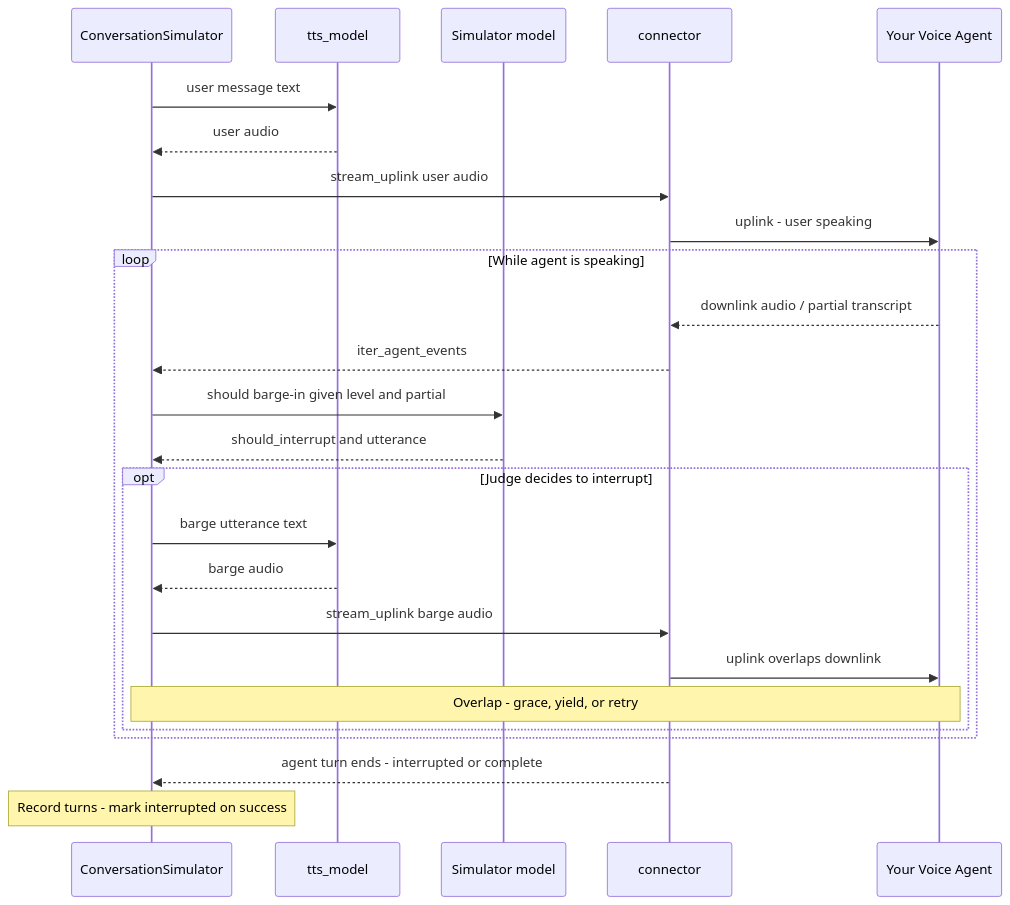
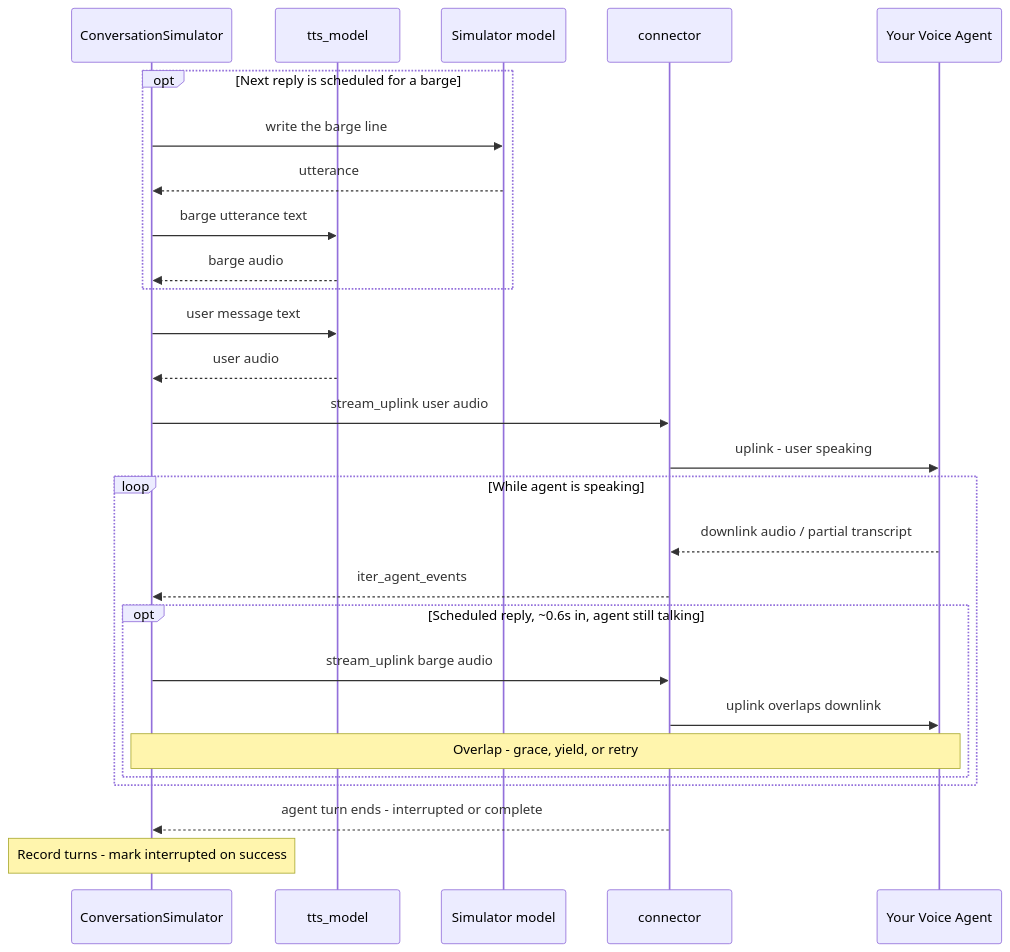
One commit to willow-marketplace/innovid changed the diagram in plugins/deepeval/docs/content/docs/conversation-simulator-voice-interruptions.mdx. Above: the diagram before and after it, drawn with Mermaid. The commit also changed other lines of this file and 1330 other files, not shown here.

````diff
--- a/plugins/deepeval/docs/content/docs/conversation-simulator-voice-interruptions.mdx
+++ b/plugins/deepeval/docs/content/docs/conversation-simulator-voice-interruptions.mdx
@@ -26,30 +26,32 @@
 ```mermaid
 sequenceDiagram
     participant Simulator as ConversationSimulator
     participant TTS as tts_model
-    participant Judge as Simulator model
+    participant Model as Simulator model
     participant Connector as connector
     participant Agent as Your Voice Agent
 
+    opt Next reply is scheduled for a barge
+        Simulator->>Model: write the barge line
+        Model-->>Simulator: utterance
+        Simulator->>TTS: barge utterance text
+        TTS-->>Simulator: barge audio
+    end
     Simulator->>TTS: user message text
     TTS-->>Simulator: user audio
     Simulator->>Connector: stream_uplink user audio
     Connector->>Agent: uplink - user speaking
 
     loop While agent is speaking
         Agent-->>Connector: downlink audio / partial transcript
         Connector-->>Simulator: iter_agent_events
-        Simulator->>Judge: should barge-in given level and partial
-        Judge-->>Simulator: should_interrupt and utterance
-        opt Judge decides to interrupt
-            Simulator->>TTS: barge utterance text
-            TTS-->>Simulator: barge audio
+        opt Scheduled reply, ~0.6s in, agent still talking
             Simulator->>Connector: stream_uplink barge audio
             Connector->>Agent: uplink overlaps downlink
             Note over Simulator,Agent: Overlap - grace, yield, or retry
         end
     end
 
     Connector-->>Simulator: agent turn ends - interrupted or complete
     Note over Simulator: Record turns - mark interrupted on success
 ```
````
